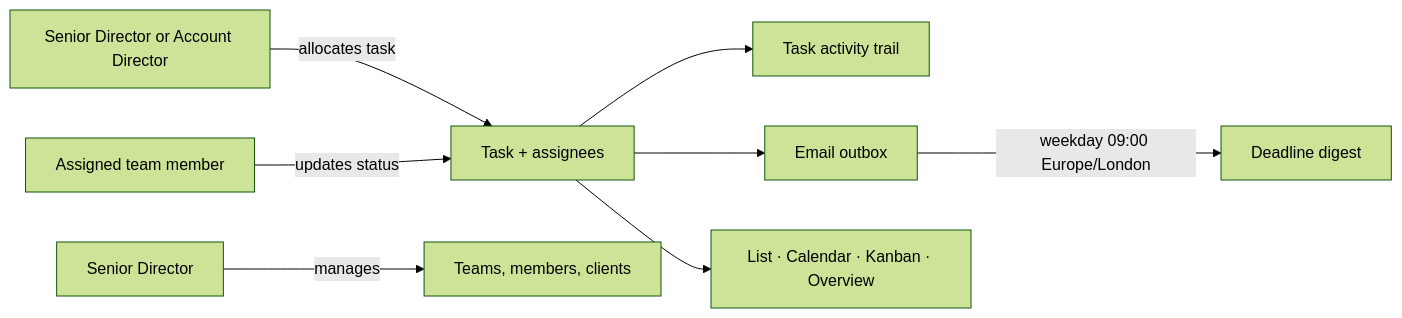
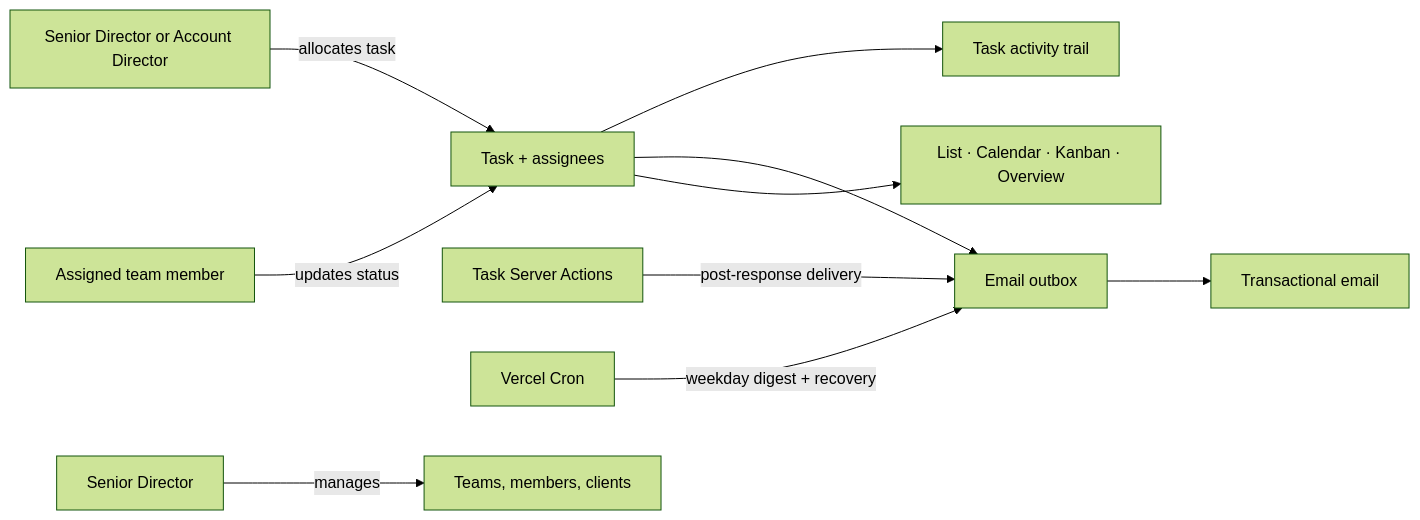
The first of 2 diagrams in README.md (arukenimon/task-mgmt-system), drawn with Mermaid (forest theme) before and after one commit. The commit also changed other lines of this file and 43 other files, not shown here.

````diff
--- a/README.md
+++ b/README.md
@@ -31,10 +31,12 @@
 ```mermaid
 flowchart LR
   Manager[Senior Director or Account Director] -->|allocates task| Task[Task + assignees]
   Task --> Activity[Task activity trail]
   Task --> Outbox[Email outbox]
-  Outbox -->|weekday 09:00 Europe/London| Digest[Deadline digest]
+  Actions[Task Server Actions] -->|post-response delivery| Outbox
+  Cron[Vercel Cron] -->|weekday digest + recovery| Outbox
+  Outbox --> Mail[Transactional email]
   Task --> Workspace[List · Calendar · Kanban · Overview]
   Member[Assigned team member] -->|updates status| Task
   Director[Senior Director] -->|manages| Teams[Teams, members, clients]
 ```
````
